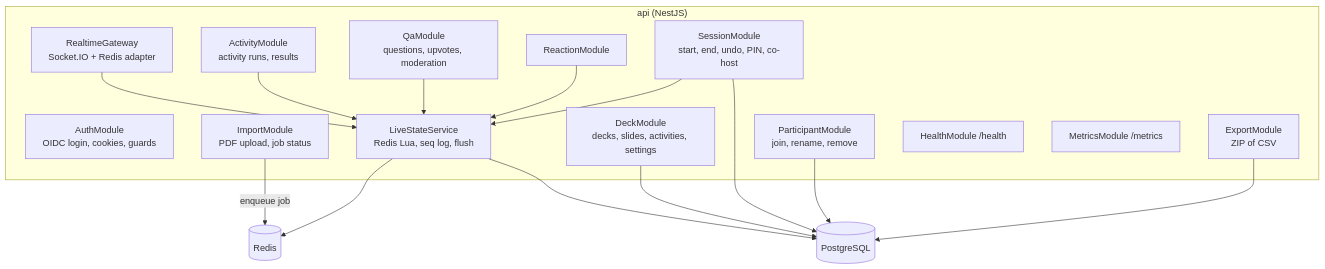
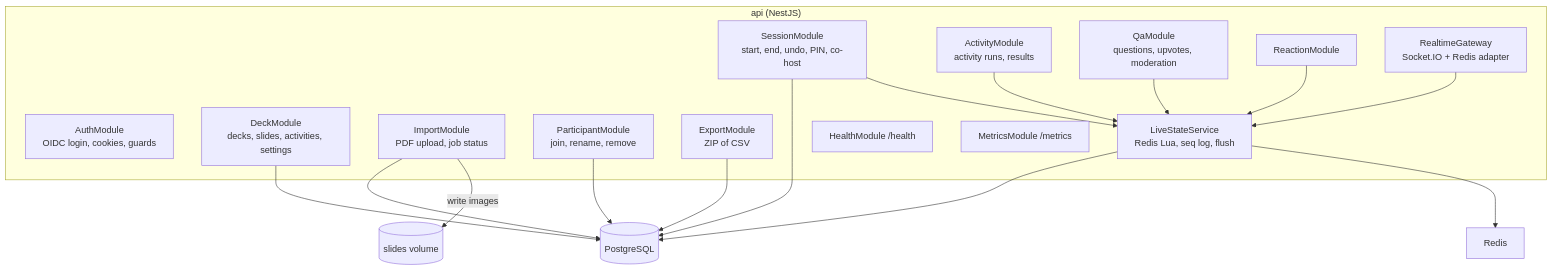
The sixth of 9 diagrams in docs/exam02/technical-design.md (lnwwaveza007/ModDeck), drawn with Mermaid before and after one commit. The commit also changed other lines of this file and 2 other files, not shown here.

````diff
--- a/docs/exam02/technical-design.md
+++ b/docs/exam02/technical-design.md
@@ -374,30 +370,31 @@
 ```mermaid
 flowchart TB
     subgraph Api["api (NestJS)"]
         Auth["AuthModule<br/>OIDC login, cookies, guards"]
         Deck["DeckModule<br/>decks, slides, activities, settings"]
         Import["ImportModule<br/>PDF upload, job status"]
         Session["SessionModule<br/>start, end, undo, PIN, co-host"]
         Part["ParticipantModule<br/>join, rename, remove"]
         Act["ActivityModule<br/>activity runs, results"]
         QA["QaModule<br/>questions, upvotes, moderation"]
         React["ReactionModule"]
         Export["ExportModule<br/>ZIP of CSV"]
         GW["RealtimeGateway<br/>Socket.IO + Redis adapter"]
         Live["LiveStateService<br/>Redis Lua, seq log, flush"]
         Health["HealthModule /health"]
         Metrics["MetricsModule /metrics"]
     end
     GW --> Live
     Act --> Live
     QA --> Live
     React --> Live
     Session --> Live
-    Import -->|"enqueue job"| Redis[("Redis")]
+    Import -->|"write images"| Files[("slides volume")]
+    Import --> PG
     Live --> Redis
     Live --> PG[("PostgreSQL")]
     Deck --> PG
     Session --> PG
     Part --> PG
     Export --> PG
 ```
````
